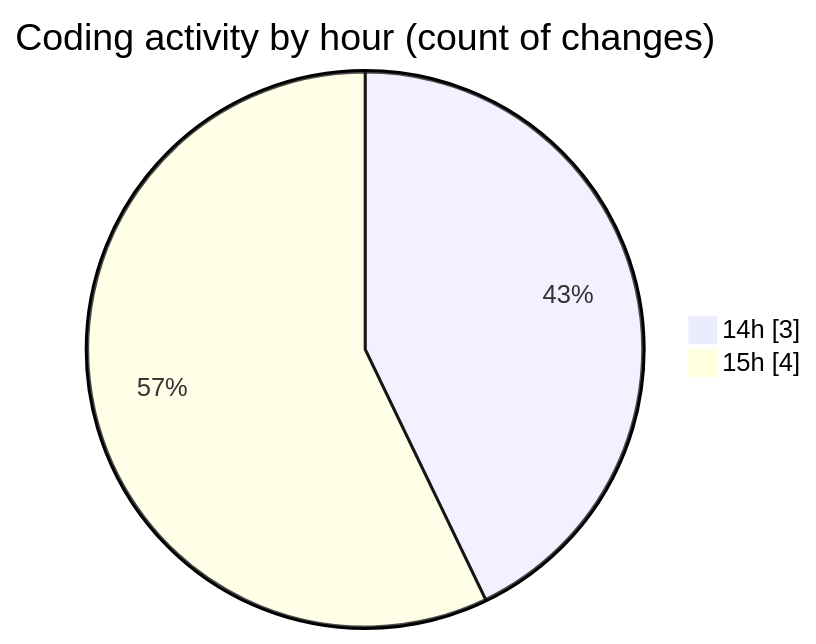
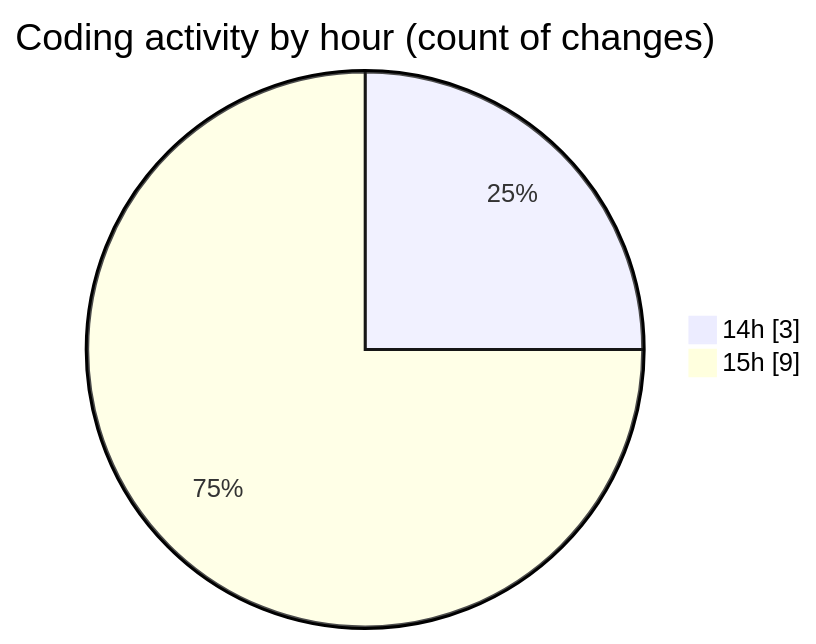
One commit to debugP/code-tracking changed the second of 2 diagrams in 2025-10-02/untitled__workspace_/README.md. Above: the diagram before and after it, drawn with Mermaid. The commit also changed other lines of this file and 1 other file, not shown here.

````diff
--- a/2025-10-02/untitled__workspace_/README.md
+++ b/2025-10-02/untitled__workspace_/README.md
@@ -28,6 +28,6 @@
 ```mermaid
 pie showData
 title Coding activity by hour (count of changes)
 "14h" : 3
-"15h" : 4
+"15h" : 9
 ```
````
